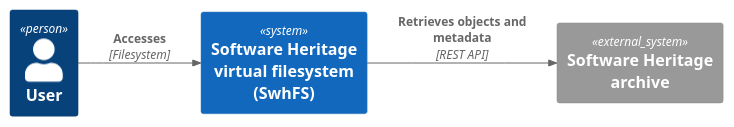
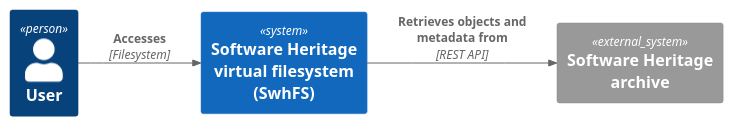
The diagram in docs/images/arch-context.puml (SoftwareHeritage/swh-fuse), drawn with PlantUML before and after one commit. The commit also changed 7 other files, not shown here.

Commit message:
arch diagram: uniform arrow label texts

```diff
--- a/docs/images/arch-context.puml
+++ b/docs/images/arch-context.puml
@@ -1,15 +1,15 @@
 @startuml arch-context
 ' !includeurl https://raw.githubusercontent.com/RicardoNiepel/C4-PlantUML/master/C4_Context.puml
 !include c4-plantuml/C4_Context.puml
 
 ' title System context diagram for the Software Heritage virtual filesystem (SwhFS)
 left to right direction
 
 Person(user, "User")
 System(swhfs, "Software Heritage virtual filesystem\n(SwhFS)")
 System_Ext(archive, "Software Heritage archive")
 
 Rel(user, swhfs, "Accesses", "Filesystem")
-Rel(swhfs, archive, "Retrieves objects and metadata", "REST API")
+Rel(swhfs, archive, "Retrieves objects and metadata from", "REST API")
 
 @enduml
```
